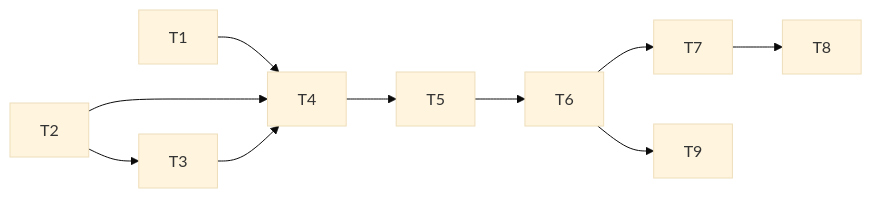
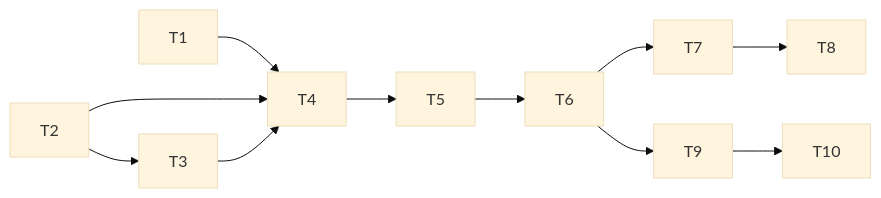
One commit to twjohnwu/MRInspect changed the diagram in STDD/incremental-review/tasks.md. Above: the diagram before and after it, drawn with Mermaid (base theme). The commit also changed other lines of this file and 1 other file, not shown here.

````diff
--- a/STDD/incremental-review/tasks.md
+++ b/STDD/incremental-review/tasks.md
@@ -99,12 +109,13 @@
 ```mermaid
 flowchart LR
     T1 --> T4
     T2 --> T3
     T2 --> T4
     T3 --> T4
     T4 --> T5
     T5 --> T6
     T6 --> T7
     T6 --> T9
+    T9 --> T10
     T7 --> T8
 ```
````
